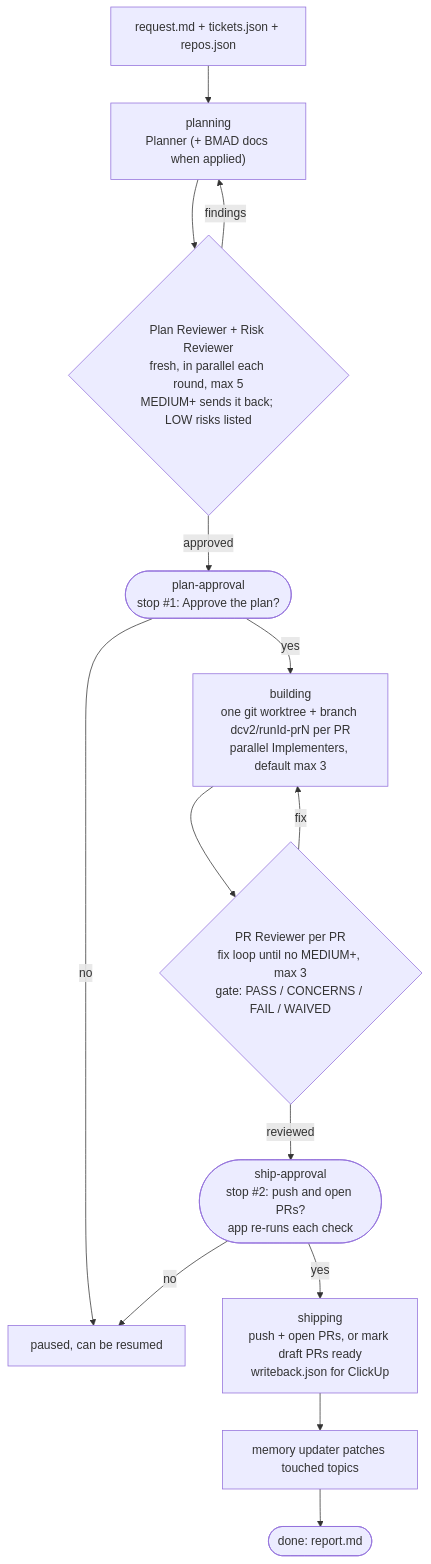
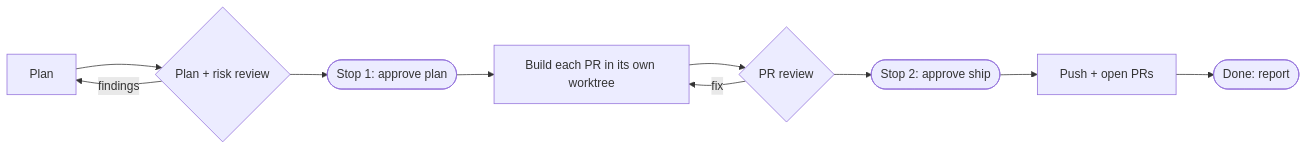
Before and after one commit to jtfrancisco0121/DCTerminalv2: the diagram in README.md, drawn with Mermaid. The commit also changed other lines of this file, not shown here.

````diff
--- a/README.md
+++ b/README.md
@@ -50,16 +61,12 @@
 ```mermaid
-flowchart TD
-    A[request.md + tickets.json + repos.json] --> P["planning<br/>Planner (+ BMAD docs when applied)"]
-    P --> R{"Plan Reviewer + Risk Reviewer<br/>fresh, in parallel each round, max 5<br/>MEDIUM+ sends it back; LOW risks listed"}
+flowchart LR
+    P[Plan] --> R{Plan + risk review}
     R -- findings --> P
-    R -- approved --> S1(["plan-approval<br/>stop #1: Approve the plan?"])
-    S1 -- no --> X[paused, can be resumed]
-    S1 -- yes --> B["building<br/>one git worktree + branch dcv2/runId-prN per PR<br/>parallel Implementers, default max 3"]
-    B --> V{"PR Reviewer per PR<br/>fix loop until no MEDIUM+, max 3<br/>gate: PASS / CONCERNS / FAIL / WAIVED"}
+    R --> S1([Stop 1: approve plan])
+    S1 --> B[Build each PR in its own worktree]
+    B --> V{PR review}
     V -- fix --> B
-    V -- reviewed --> S2(["ship-approval<br/>stop #2: push and open PRs?<br/>app re-runs each check"])
-    S2 -- no --> X
-    S2 -- yes --> SH["shipping<br/>push + open PRs, or mark draft PRs ready<br/>writeback.json for ClickUp"]
-    SH --> M[memory updater patches touched topics]
-    M --> D([done: report.md])
+    V --> S2([Stop 2: approve ship])
+    S2 --> SH[Push + open PRs]
+    SH --> D([Done: report])
 ```
````
